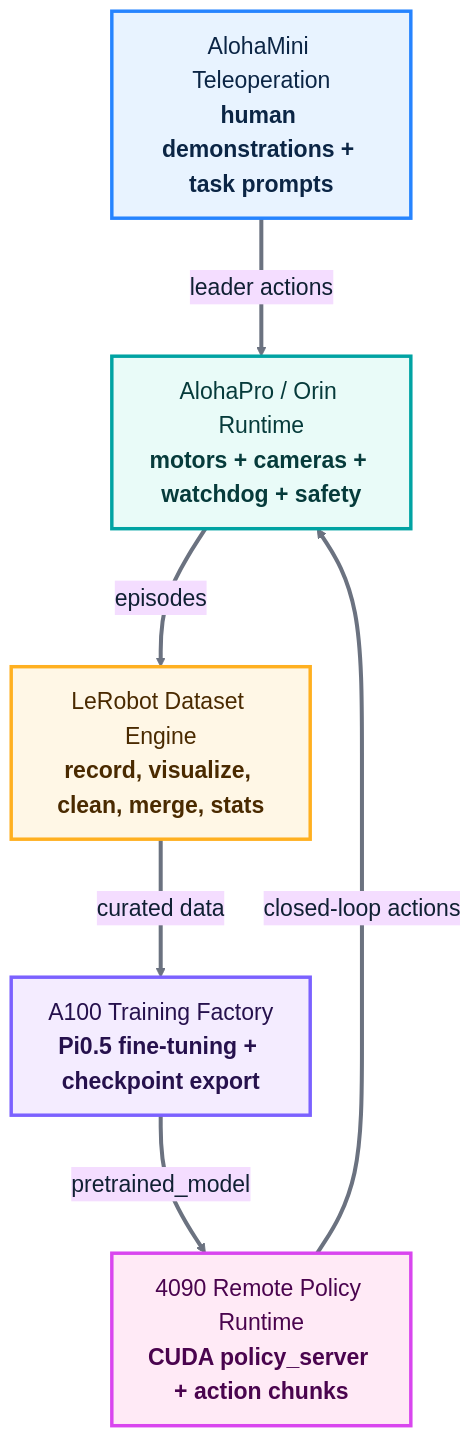
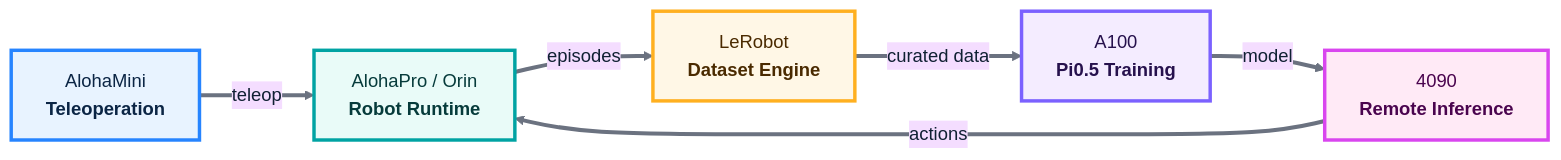
The first of 3 diagrams in README.md (jjjjqqqz101/aloha-pi05-lerobot), drawn with Mermaid before and after one commit.

Commit message:
Make overview diagram compact and horizontal

````diff
--- a/README.md
+++ b/README.md
@@ -67,27 +67,27 @@
 ```mermaid
-%%{init: {"theme": "base", "themeVariables": {"fontSize": "20px", "fontFamily": "Inter, ui-sans-serif, system-ui", "primaryTextColor": "#102033", "lineColor": "#6B7280"}, "flowchart": {"nodeSpacing": 70, "rankSpacing": 90, "curve": "basis"}}}%%
-flowchart TB
-    Demo["AlohaMini Teleoperation<br/><b>human demonstrations + task prompts</b>"]
-    Runtime["AlohaPro / Orin Runtime<br/><b>motors + cameras + watchdog + safety</b>"]
-    Dataset["LeRobot Dataset Engine<br/><b>record, visualize, clean, merge, stats</b>"]
-    Training["A100 Training Factory<br/><b>Pi0.5 fine-tuning + checkpoint export</b>"]
-    Inference["4090 Remote Policy Runtime<br/><b>CUDA policy_server + action chunks</b>"]
+%%{init: {"theme": "base", "themeVariables": {"fontSize": "16px", "fontFamily": "Inter, ui-sans-serif, system-ui", "primaryTextColor": "#102033", "lineColor": "#6B7280"}, "flowchart": {"nodeSpacing": 38, "rankSpacing": 56, "curve": "basis"}}}%%
+flowchart LR
+    Demo["AlohaMini<br/><b>Teleoperation</b>"]
+    Runtime["AlohaPro / Orin<br/><b>Robot Runtime</b>"]
+    Dataset["LeRobot<br/><b>Dataset Engine</b>"]
+    Training["A100<br/><b>Pi0.5 Training</b>"]
+    Inference["4090<br/><b>Remote Inference</b>"]
 
-    Demo == "leader actions" ==> Runtime
+    Demo == "teleop" ==> Runtime
     Runtime == "episodes" ==> Dataset
     Dataset == "curated data" ==> Training
-    Training == "pretrained_model" ==> Inference
-    Inference == "closed-loop actions" ==> Runtime
+    Training == "model" ==> Inference
+    Inference == "actions" ==> Runtime
 
     classDef demo fill:#E8F3FF,stroke:#2684FF,stroke-width:3px,color:#0B2545;
     classDef runtime fill:#E9FBF8,stroke:#00A3A3,stroke-width:3px,color:#063B3B;
     classDef dataset fill:#FFF7E6,stroke:#FFB020,stroke-width:3px,color:#4A2A00;
     classDef training fill:#F4ECFF,stroke:#7B61FF,stroke-width:3px,color:#26114D;
     classDef inference fill:#FFEAF6,stroke:#D946EF,stroke-width:3px,color:#4A044E;
 
     class Demo demo;
     class Runtime runtime;
     class Dataset dataset;
     class Training training;
     class Inference inference;
 ```
````
